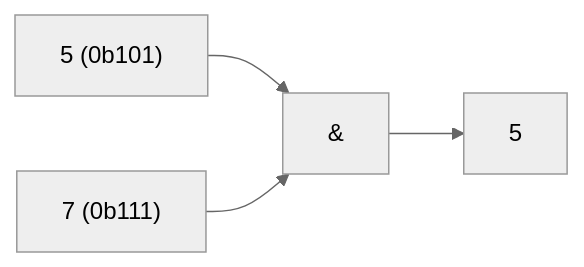
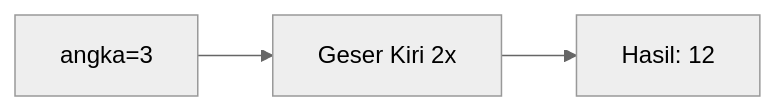
Before and after one commit to amnahwaida/OSNK_INF_PREP: the second of 25 diagrams in part-c-pemahaman-cpp/06-bitwise/latihan/set-10.md, drawn with Mermaid (neutral theme). The commit also changed other lines of this file and 71 other files, not shown here.

````diff
--- a/part-c-pemahaman-cpp/06-bitwise/latihan/set-10.md
+++ b/part-c-pemahaman-cpp/06-bitwise/latihan/set-10.md
@@ -46,6 +48,5 @@
 ```mermaid
 graph LR
-A["5 (0b101)"] --> C["&"]
-B["7 (0b111)"] --> C
-C --> D["5"]
+A["angka=3"] --> B["Geser Kiri 2x"]
+B --> C["Hasil: 12"]
 ```
````
